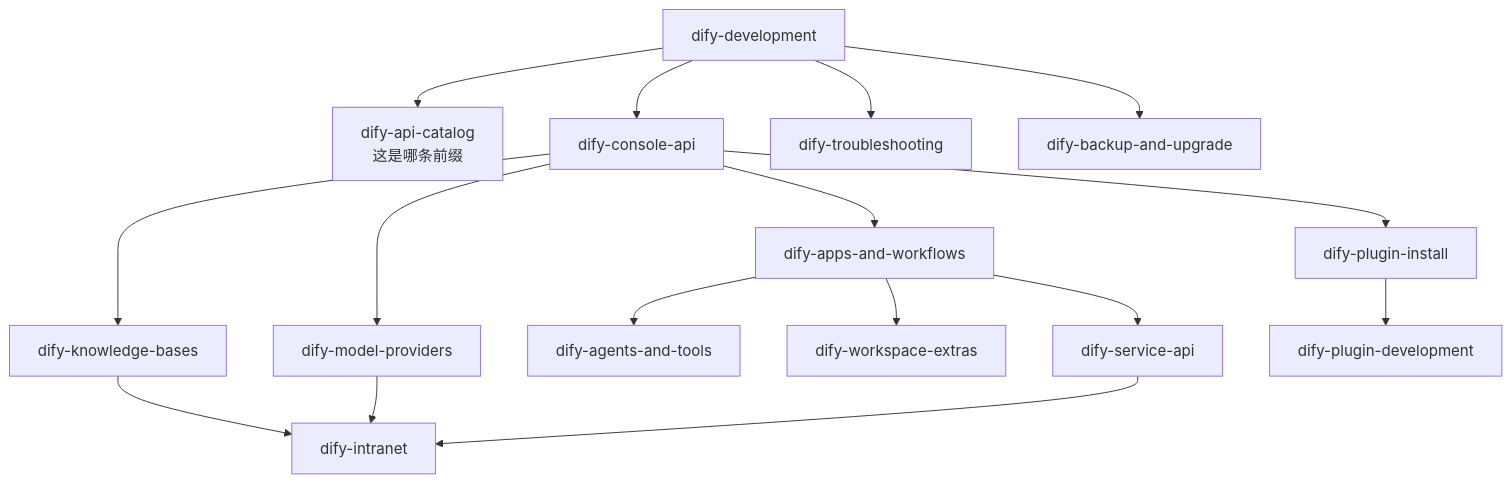
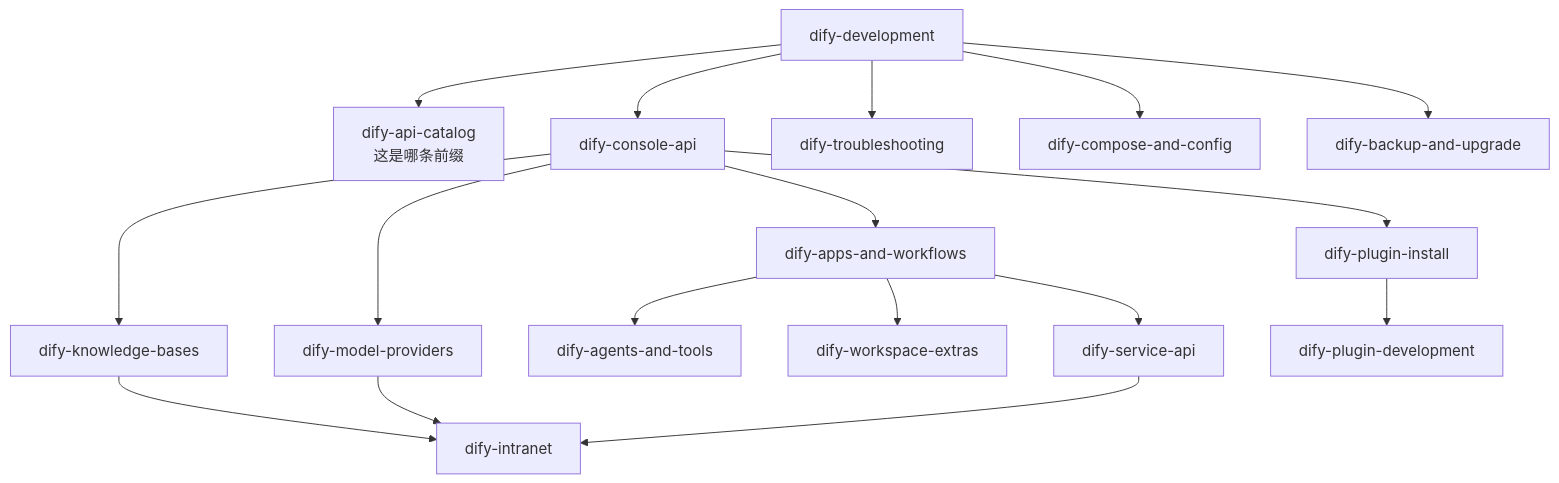
The third of 4 diagrams in README.md (kabishou11/dify-skills), drawn with Mermaid before and after one commit. The commit also changed other lines of this file and 7 other files, not shown here.

````diff
--- a/README.md
+++ b/README.md
@@ -275,18 +280,19 @@
 ```mermaid
 flowchart TD
   Dev["dify-development"] --> Catalog["dify-api-catalog<br/>这是哪条前缀"]
   Dev --> Console["dify-console-api"]
   Console --> Apps["dify-apps-and-workflows"]
   Console --> Plug["dify-plugin-install"]
   Console --> Models["dify-model-providers"]
   Console --> KB["dify-knowledge-bases"]
   Apps --> Tools["dify-agents-and-tools"]
   Apps --> Extra["dify-workspace-extras"]
   Apps --> Svc["dify-service-api"]
   Plug --> PDev["dify-plugin-development"]
   KB --> Intra["dify-intranet"]
   Models --> Intra
   Svc --> Intra
   Dev --> Debug["dify-troubleshooting"]
+  Dev --> Cfg["dify-compose-and-config"]
   Dev --> Bak["dify-backup-and-upgrade"]
 ```
````
